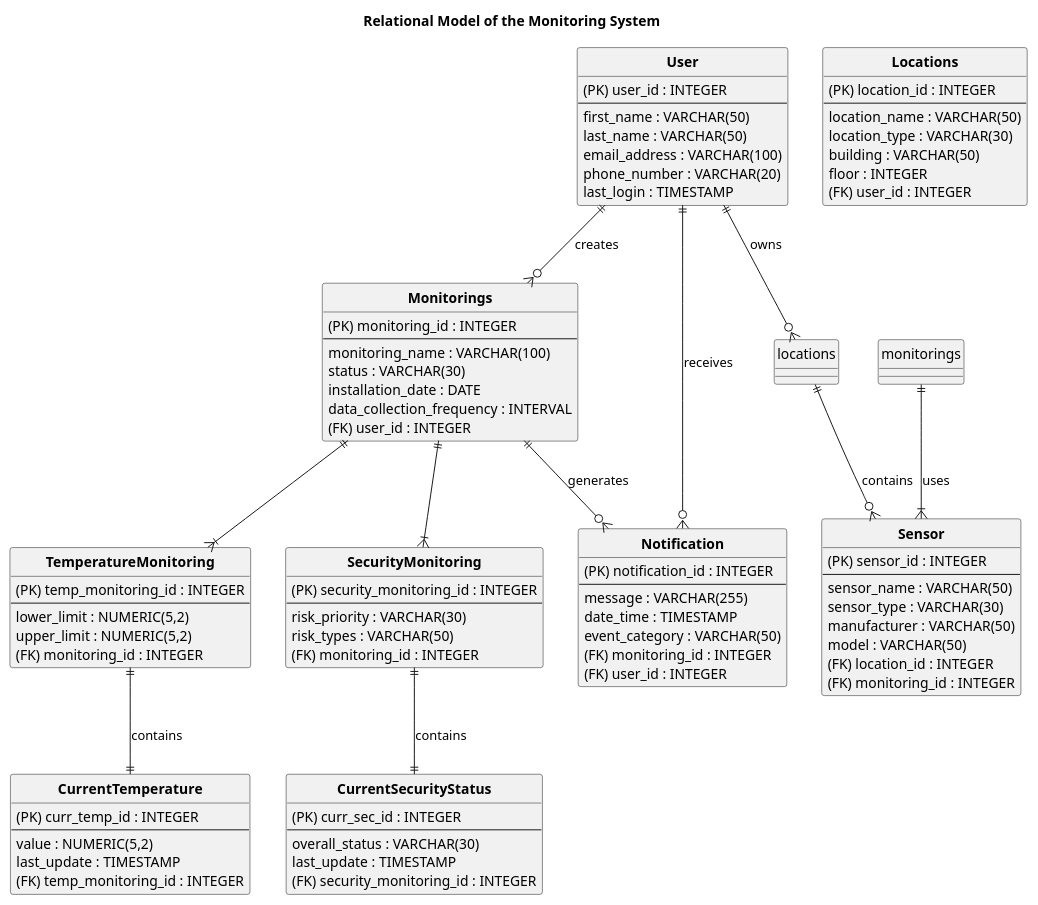
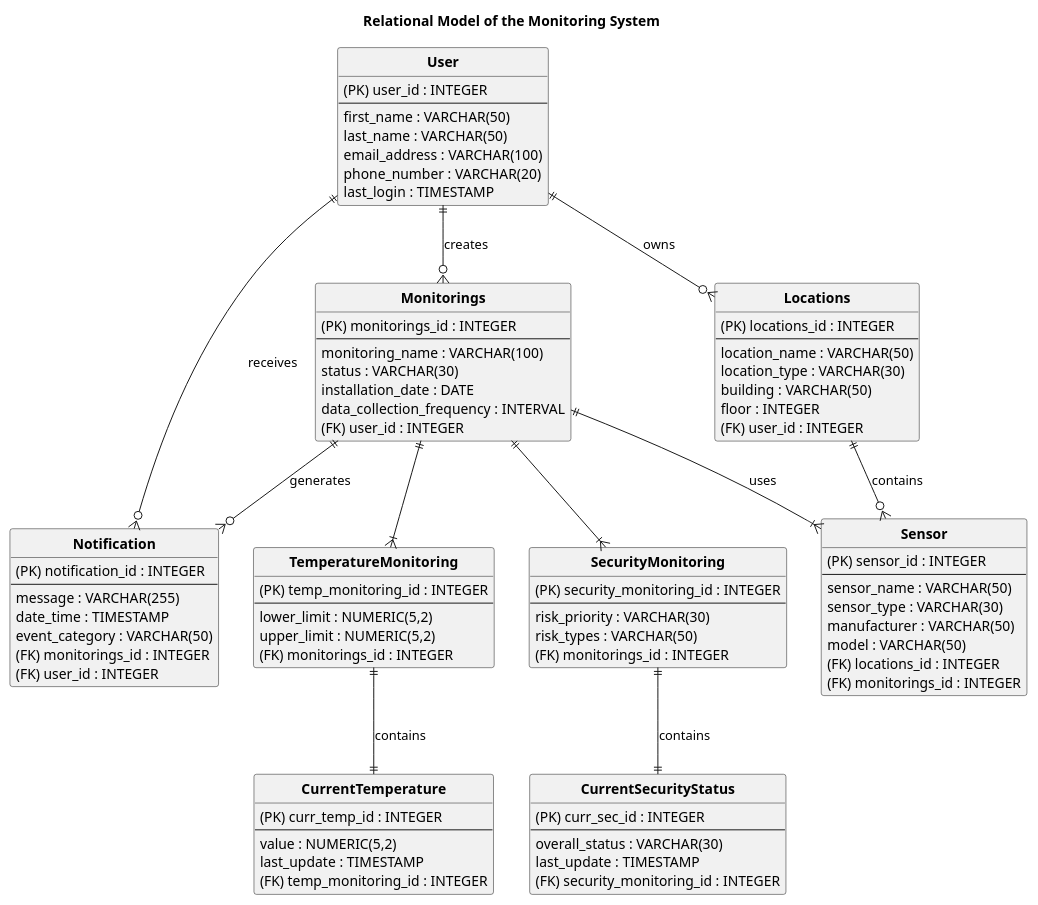
The diagram in RelLogicalSchema.puml (Julik52/NFR_Files), drawn with PlantUML before and after one commit.

```diff
--- a/RelLogicalSchema.puml
+++ b/RelLogicalSchema.puml
@@ -1,101 +1,101 @@
 @startuml
 title Relational Model of the Monitoring System
 
 hide circle
 
 entity "**User**" as user {
   (PK) user_id : INTEGER
   --
   first_name : VARCHAR(50)
   last_name : VARCHAR(50)
   email_address : VARCHAR(100)
   phone_number : VARCHAR(20)
   last_login : TIMESTAMP
 }
 
-entity "**Monitorings**" as monitoring {
-  (PK) monitoring_id : INTEGER
+entity "**Monitorings**" as monitorings {
+  (PK) monitorings_id : INTEGER
   --
   monitoring_name : VARCHAR(100)
   status : VARCHAR(30)
   installation_date : DATE
   data_collection_frequency : INTERVAL
   (FK) user_id : INTEGER
 }
 
 entity "**TemperatureMonitoring**" as tempMon {
   (PK) temp_monitoring_id : INTEGER
   --
   lower_limit : NUMERIC(5,2)
   upper_limit : NUMERIC(5,2)
-  (FK) monitoring_id : INTEGER
+  (FK) monitorings_id : INTEGER
 }
 
 entity "**SecurityMonitoring**" as secMon {
   (PK) security_monitoring_id : INTEGER
   --
   risk_priority : VARCHAR(30)
   risk_types : VARCHAR(50)
-  (FK) monitoring_id : INTEGER
+  (FK) monitorings_id : INTEGER
 }
 
 entity "**CurrentTemperature**" as currTemp {
   (PK) curr_temp_id : INTEGER
   --
   value : NUMERIC(5,2)
   last_update : TIMESTAMP
   (FK) temp_monitoring_id : INTEGER
 }
 
 entity "**CurrentSecurityStatus**" as currSec {
   (PK) curr_sec_id : INTEGER
   --
   overall_status : VARCHAR(30)
   last_update : TIMESTAMP
   (FK) security_monitoring_id : INTEGER
 }
 
 entity "**Notification**" as notif {
   (PK) notification_id : INTEGER
   --
   message : VARCHAR(255)
   date_time : TIMESTAMP
   event_category : VARCHAR(50)
-  (FK) monitoring_id : INTEGER
+  (FK) monitorings_id : INTEGER
   (FK) user_id : INTEGER
 }
 
 entity "**Sensor**" as sensor {
   (PK) sensor_id : INTEGER
   --
   sensor_name : VARCHAR(50)
   sensor_type : VARCHAR(30)
   manufacturer : VARCHAR(50)
   model : VARCHAR(50)
-  (FK) location_id : INTEGER
-  (FK) monitoring_id : INTEGER
+  (FK) locations_id : INTEGER
+  (FK) monitorings_id : INTEGER
 }
 
-entity "**Locations**" as location {
-  (PK) location_id : INTEGER
+entity "**Locations**" as locations {
+  (PK) locations_id : INTEGER
   --
   location_name : VARCHAR(50)
   location_type : VARCHAR(30)
   building : VARCHAR(50)
   floor : INTEGER
   (FK) user_id : INTEGER
 }
 
 ' --- Relationships ---
-user                ||--o{ monitoring          : creates
-monitoring          ||--|{ tempMon
-monitoring          ||--|{ secMon
+user                ||--o{ monitorings          : creates
+monitorings          ||--|{ tempMon
+monitorings          ||--|{ secMon
 tempMon             ||--|| currTemp            : contains
 secMon              ||--|| currSec             : contains
 monitorings          ||--|{ sensor              : uses
 locations            ||--o{ sensor              : contains
-monitoring          ||--o{ notif               : generates
+monitorings          ||--o{ notif               : generates
 user                ||--o{ notif               : receives
 user                ||--o{ locations           : owns
 
 @enduml
```
